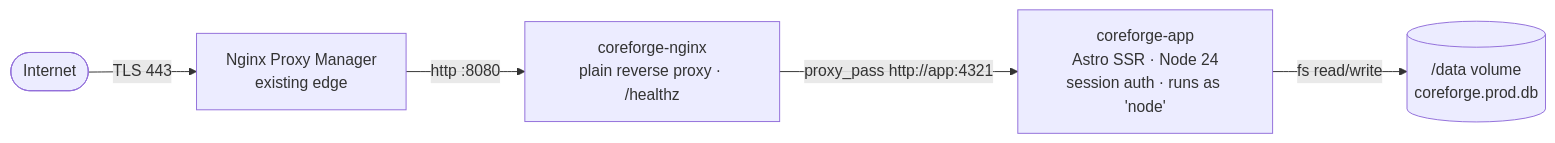
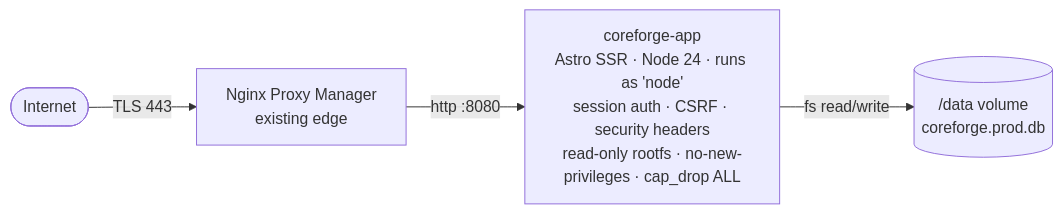
Before and after one commit to Negri234279/coreforge-conveyor-filters: the diagram in README.md, drawn with Mermaid. The commit also changed other lines of this file and 61 other files, not shown here.

````diff
--- a/README.md
+++ b/README.md
@@ -25,7 +25,6 @@
 ```mermaid
 flowchart LR
     user([Internet]) -->|TLS 443| npm[Nginx Proxy Manager<br/>existing edge]
-    npm -->|http :8080| nginx[coreforge-nginx<br/>plain reverse proxy · /healthz]
-    nginx -->|proxy_pass http://app:4321| app[coreforge-app<br/>Astro SSR · Node 24<br/>session auth · runs as 'node']
+    npm -->|http :8080| app[coreforge-app<br/>Astro SSR · Node 24 · runs as 'node'<br/>session auth · CSRF · security headers<br/>read-only rootfs · no-new-privileges · cap_drop ALL]
     app -->|fs read/write| vol[(/data volume<br/>coreforge.prod.db)]
 ```
````
